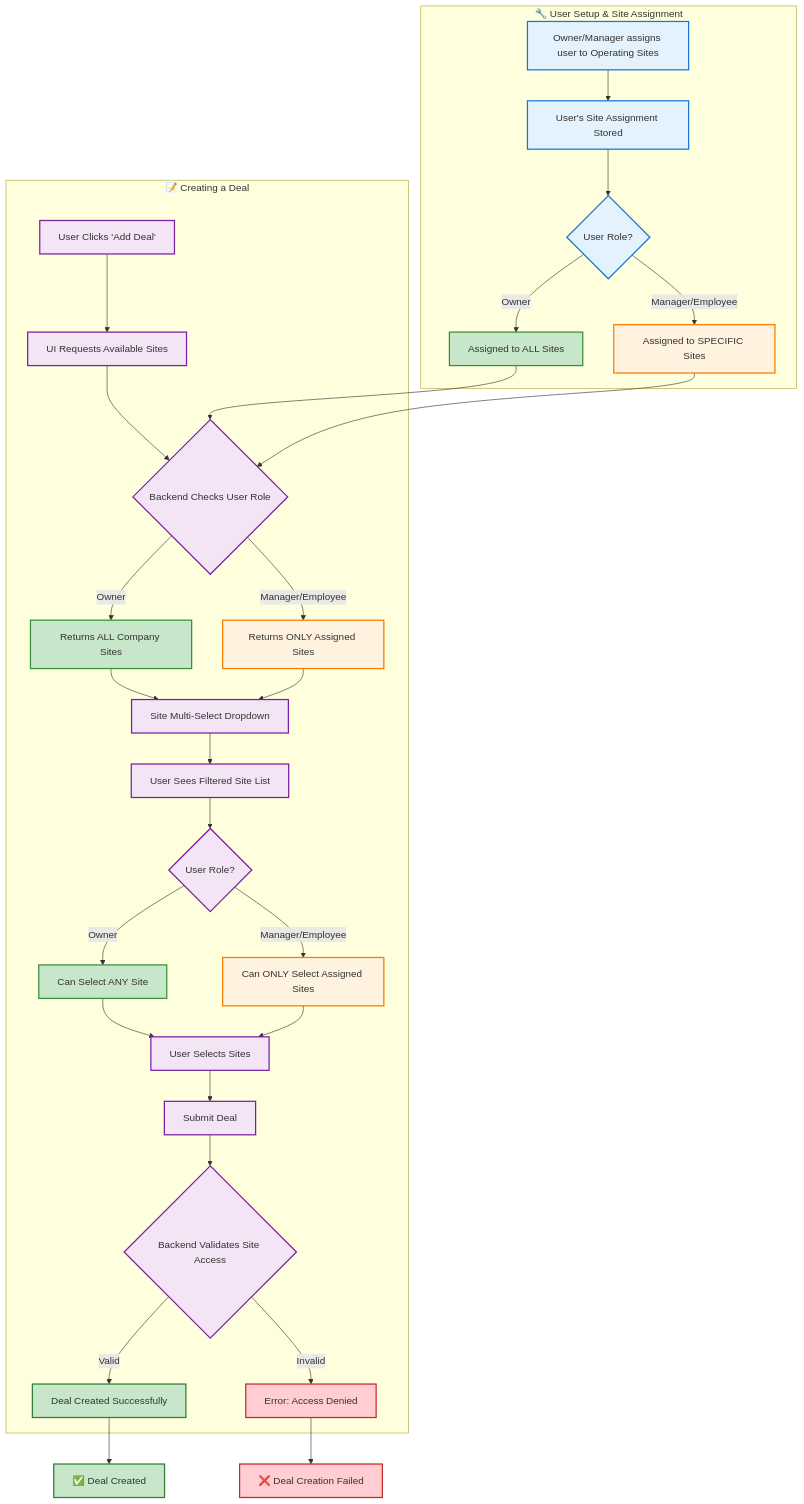
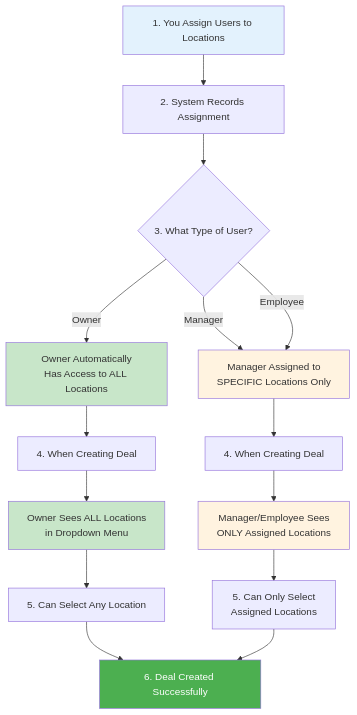
Before and after one commit to cup1111/zendulge-be: the diagram in diagrams/deal-management-permissions.md, drawn with Mermaid. The commit also changed other lines of this file, not shown here.

````diff
--- a/diagrams/deal-management-permissions.md
+++ b/diagrams/deal-management-permissions.md
@@ -56,49 +122,28 @@
 ```mermaid
-flowchart TB
-    subgraph Setup["🔧 User Setup & Site Assignment"]
-        A1[Owner/Manager assigns user to Operating Sites] --> A2[User's Site Assignment Stored]
-        A2 --> A3{User Role?}
-        A3 -->|Owner| A4[Assigned to ALL Sites]
-        A3 -->|Manager/Employee| A5[Assigned to SPECIFIC Sites]
-    end
+flowchart TD
+    Start[1. You Assign Users to Locations] --> Setup[2. System Records Assignment]
+    Setup --> UserType{3. What Type of User?}
     
-    subgraph DealCreation["📝 Creating a Deal"]
-        B1[User Clicks 'Add Deal'] --> B2[UI Requests Available Sites]
-        B2 --> B3{Backend Checks User Role}
-        B3 -->|Owner| B4[Returns ALL Company Sites]
-        B3 -->|Manager/Employee| B5[Returns ONLY Assigned Sites]
-        B4 --> B6[Site Multi-Select Dropdown]
-        B5 --> B6
-        B6 --> B7[User Sees Filtered Site List]
-        B7 --> B8{User Role?}
-        B8 -->|Owner| B9[Can Select ANY Site]
-        B8 -->|Manager/Employee| B10[Can ONLY Select Assigned Sites]
-        B9 --> B11[User Selects Sites]
-        B10 --> B11
-        B11 --> B12[Submit Deal]
-        B12 --> B13{Backend Validates Site Access}
-        B13 -->|Valid| B14[Deal Created Successfully]
-        B13 -->|Invalid| B15[Error: Access Denied]
-    end
+    UserType -->|Owner| AllSites[Owner Automatically<br/>Has Access to ALL Locations]
+    UserType -->|Manager| SomeSites[Manager Assigned to<br/>SPECIFIC Locations Only]
+    UserType -->|Employee| SomeSites
     
-    A4 --> B3
-    A5 --> B3
+    AllSites --> CreateDeal1[4. When Creating Deal]
+    SomeSites --> CreateDeal2[4. When Creating Deal]
     
-    B14 --> End[✅ Deal Created]
-    B15 --> Error[❌ Deal Creation Failed]
+    CreateDeal1 --> ShowAll[Owner Sees ALL Locations<br/>in Dropdown Menu]
+    CreateDeal2 --> ShowSome[Manager/Employee Sees<br/>ONLY Assigned Locations]
     
-    %% Styling
-    classDef setupClass fill:#e3f2fd,stroke:#1976d2,stroke-width:2px
-    classDef dealClass fill:#f3e5f5,stroke:#7b1fa2,stroke-width:2px
-    classDef ownerFlow fill:#c8e6c9,stroke:#388e3c,stroke-width:2px
-    classDef restrictedFlow fill:#fff3e0,stroke:#f57c00,stroke-width:2px
-    classDef successClass fill:#c8e6c9,stroke:#2e7d32,stroke-width:2px
-    classDef errorClass fill:#ffcdd2,stroke:#c62828,stroke-width:2px
+    ShowAll --> SelectAny[5. Can Select Any Location]
+    ShowSome --> SelectAssigned[5. Can Only Select<br/>Assigned Locations]
     
-    class A1,A2,A3,A4,A5 setupClass
-    class B1,B2,B3,B4,B5,B6,B7,B8,B9,B10,B11,B12,B13 dealClass
-    class A4,B4,B9 ownerFlow
-    class A5,B5,B10 restrictedFlow
-    class B14,End successClass
-    class B15,Error errorClass
+    SelectAny --> Success[6. Deal Created Successfully]
+    SelectAssigned --> Success
+    
+    style Start fill:#e3f2fd
+    style AllSites fill:#c8e6c9
+    style SomeSites fill:#fff3e0
+    style ShowAll fill:#c8e6c9
+    style ShowSome fill:#fff3e0
+    style Success fill:#4caf50,color:#fff
 ```
````
